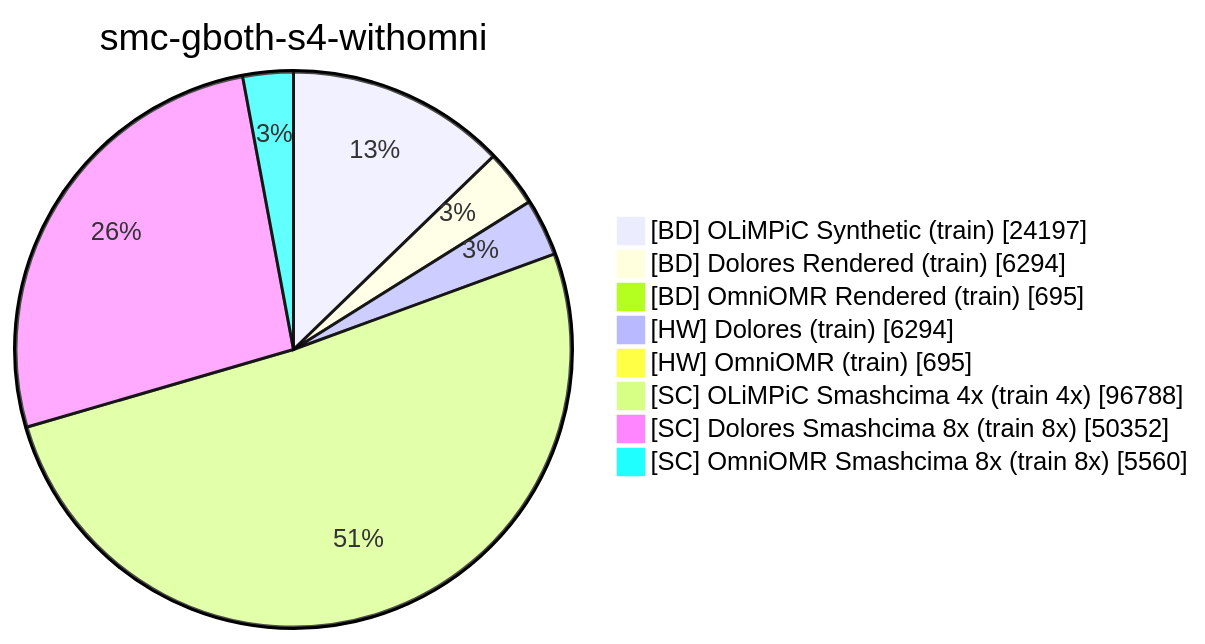
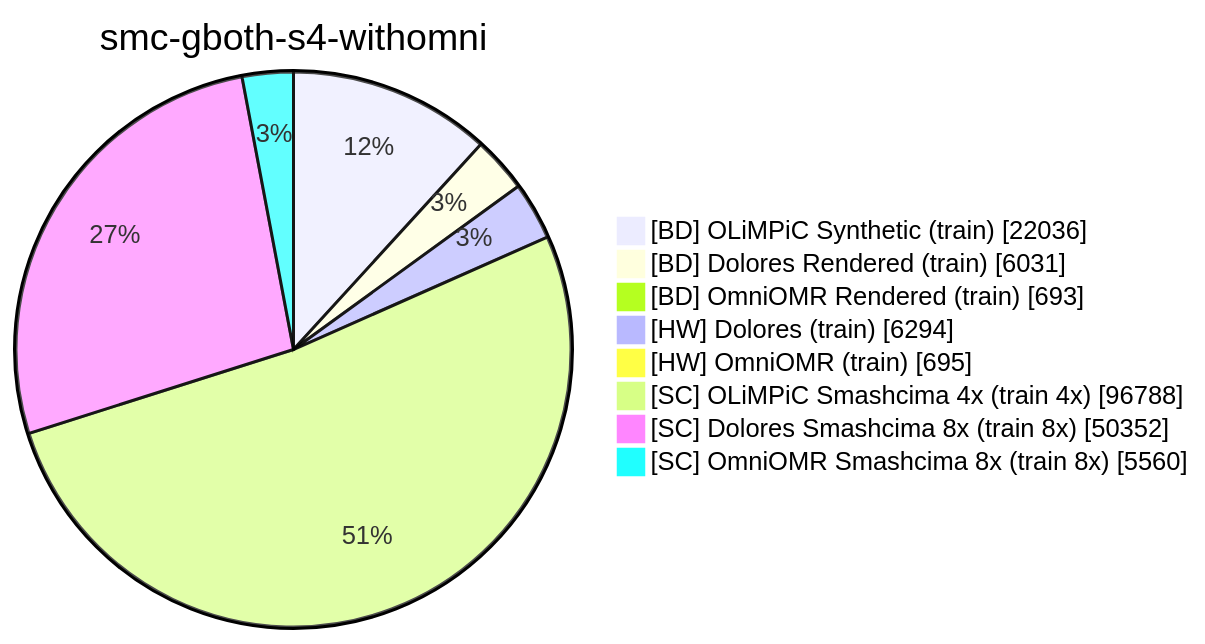
The eighth of 8 diagrams in docs/smashcima.md (Jirka-Mayer/ijdar), drawn with Mermaid before and after one commit. The commit also changed other lines of this file and 2 other files, not shown here.

````diff
--- a/docs/smashcima.md
+++ b/docs/smashcima.md
@@ -160,11 +164,11 @@
 ```mermaid
 pie showData title smc-gboth-s4-withomni
-    "[BD] OLiMPiC Synthetic (train)" : 24197
-    "[BD] Dolores Rendered (train)" : 6294
-    "[BD] OmniOMR Rendered (train)" : 695
+    "[BD] OLiMPiC Synthetic (train)" : 22036
+    "[BD] Dolores Rendered (train)" : 6031
+    "[BD] OmniOMR Rendered (train)" : 693
     "[HW] Dolores (train)" : 6294
     "[HW] OmniOMR (train)" : 695
     "[SC] OLiMPiC Smashcima 4x (train 4x)" : 96788
     "[SC] Dolores Smashcima 8x (train 8x)" : 50352
     "[SC] OmniOMR Smashcima 8x (train 8x)" : 5560
 ```
````
